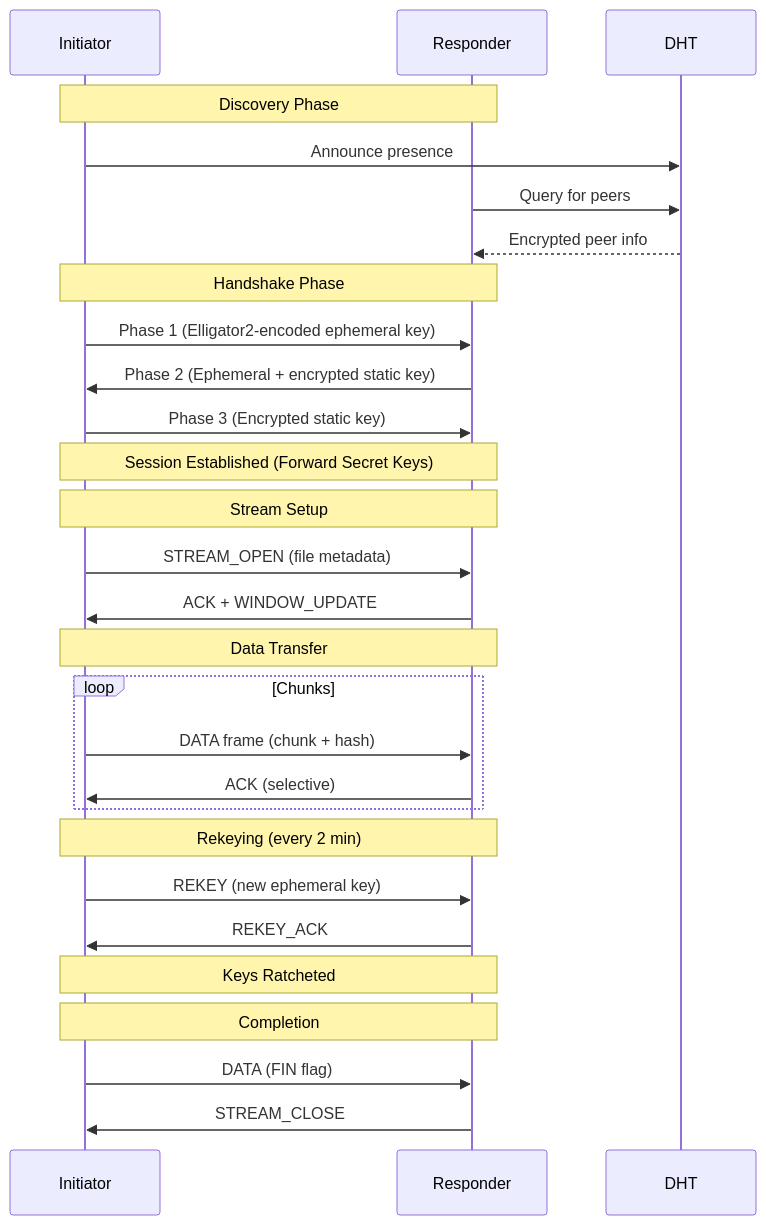
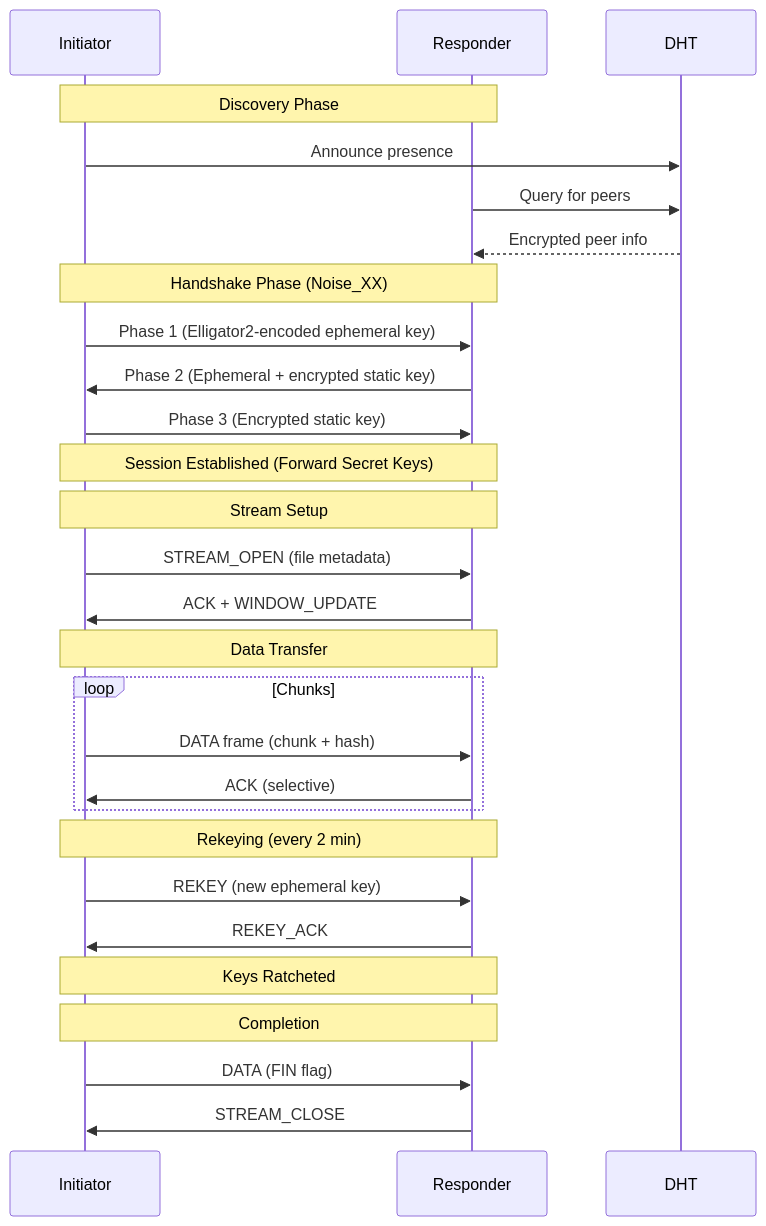
One commit to doublegate/WRAITH-Protocol changed the third of 3 diagrams in docs/architecture/protocol-overview.md. Above: the diagram before and after it, drawn with Mermaid. The commit also changed other lines of this file and 3 other files, not shown here.

````diff
--- a/docs/architecture/protocol-overview.md
+++ b/docs/architecture/protocol-overview.md
@@ -239,35 +361,35 @@
 ```mermaid
 sequenceDiagram
     participant A as Initiator
     participant B as Responder
 
     Note over A,B: Discovery Phase
     A->>DHT: Announce presence
     B->>DHT: Query for peers
     DHT-->>B: Encrypted peer info
 
-    Note over A,B: Handshake Phase
+    Note over A,B: Handshake Phase (Noise_XX)
     A->>B: Phase 1 (Elligator2-encoded ephemeral key)
     B->>A: Phase 2 (Ephemeral + encrypted static key)
     A->>B: Phase 3 (Encrypted static key)
     Note over A,B: Session Established (Forward Secret Keys)
 
     Note over A,B: Stream Setup
     A->>B: STREAM_OPEN (file metadata)
     B->>A: ACK + WINDOW_UPDATE
 
     Note over A,B: Data Transfer
     loop Chunks
         A->>B: DATA frame (chunk + hash)
         B->>A: ACK (selective)
     end
 
     Note over A,B: Rekeying (every 2 min)
     A->>B: REKEY (new ephemeral key)
     B->>A: REKEY_ACK
     Note over A,B: Keys Ratcheted
 
     Note over A,B: Completion
     A->>B: DATA (FIN flag)
     B->>A: STREAM_CLOSE
 ```
````
